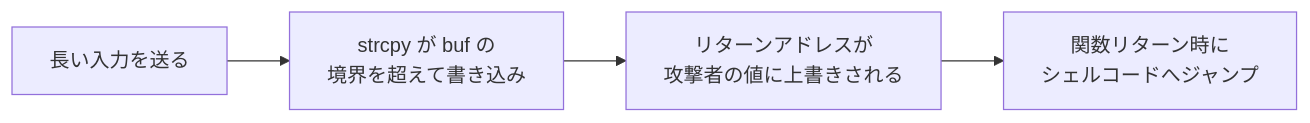
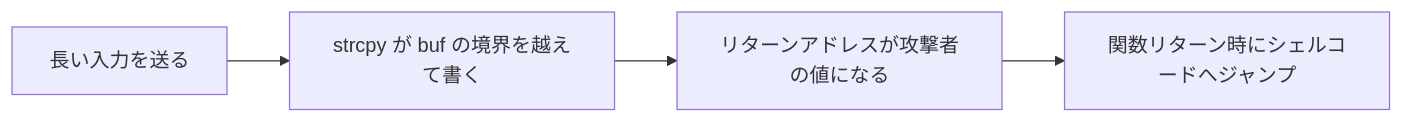
One commit to SomaTomita/sec-prep changed the diagram in topics/06_systems-security/02_software-vulnerabilities.md. Above: the diagram before and after it, drawn with Mermaid. The commit also changed other lines of this file and 7 other files, not shown here.

````diff
--- a/topics/06_systems-security/02_software-vulnerabilities.md
+++ b/topics/06_systems-security/02_software-vulnerabilities.md
@@ -96,6 +84,6 @@
 ```mermaid
 flowchart LR
-    A["長い入力を送る"] --> B["strcpy が buf の<br>境界を超えて書き込み"]
-    B --> C["リターンアドレスが<br>攻撃者の値に上書きされる"]
-    C --> D["関数リターン時に<br>シェルコードへジャンプ"]
+    A["長い入力を送る"] --> B["strcpy が buf の境界を越えて書く"]
+    B --> C["リターンアドレスが攻撃者の値になる"]
+    C --> D["関数リターン時にシェルコードへジャンプ"]
 ```
````
